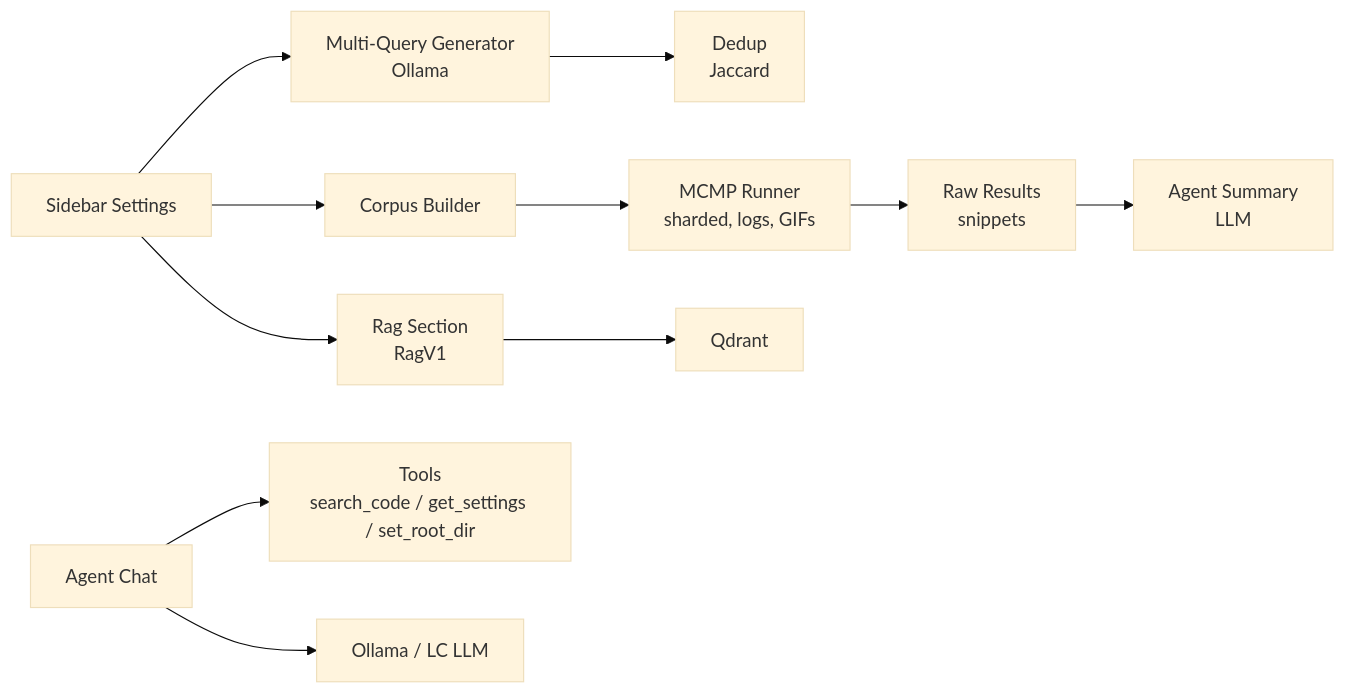
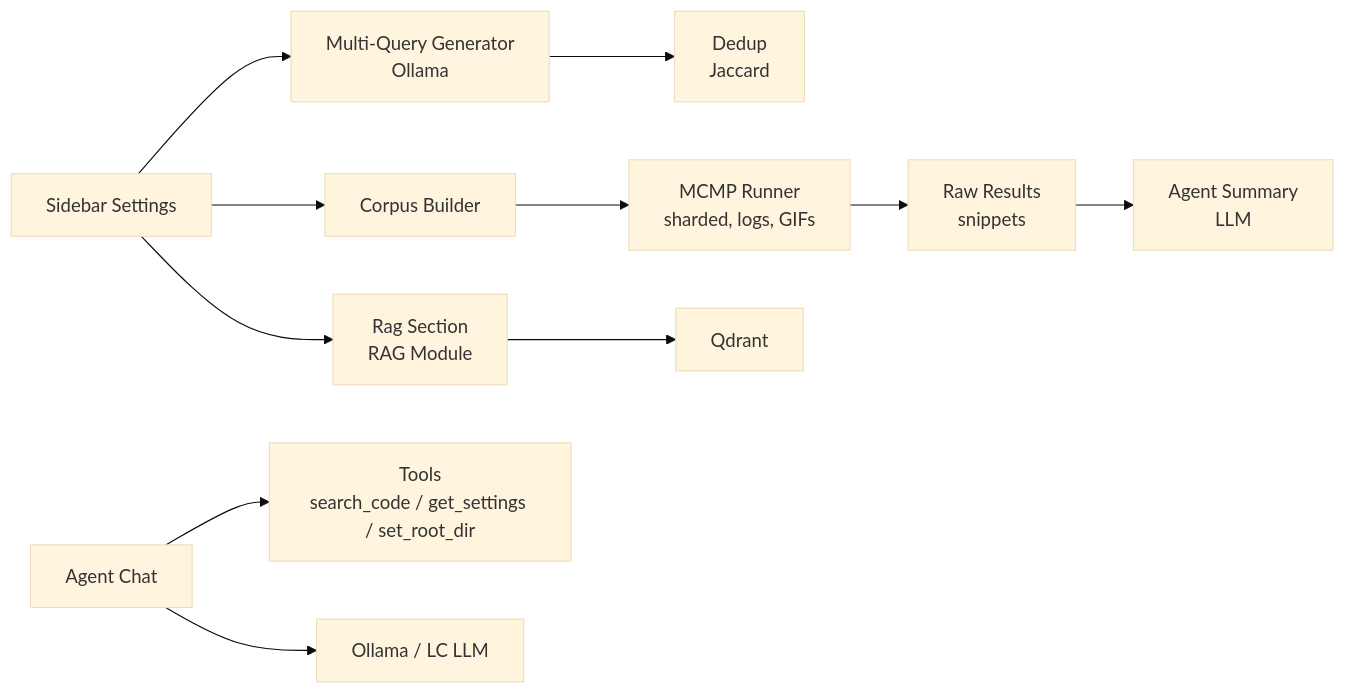
One commit to Flissel/la_fungus_search changed the third of 4 diagrams in docs/ARCHITECTURE.md. Above: the diagram before and after it, drawn with Mermaid (base theme). The commit also changed other lines of this file and 5 other files, not shown here.

````diff
--- a/docs/ARCHITECTURE.md
+++ b/docs/ARCHITECTURE.md
@@ -58,13 +83,13 @@
 ```mermaid
 graph LR
   Settings[Sidebar Settings] --> Corpus[Corpus Builder]
   Settings --> MQ[Multi-Query Generator<br/>Ollama]
   MQ --> Dedup[Dedup<br/>Jaccard]
   Corpus --> Runner[MCMP Runner<br/>sharded, logs, GIFs]
   Runner --> Raw[Raw Results<br/>snippets]
   Raw --> Summary[Agent Summary<br/>LLM]
-  Settings --> Rag[Rag Section<br/>RagV1]
+  Settings --> Rag[Rag Section<br/>RAG Module]
   Rag --> Qdrant[Qdrant]
   Chat[Agent Chat] --> Tools[Tools<br/>search_code / get_settings / set_root_dir]
   Chat --> LLM[Ollama / LC LLM]
 ```
````
